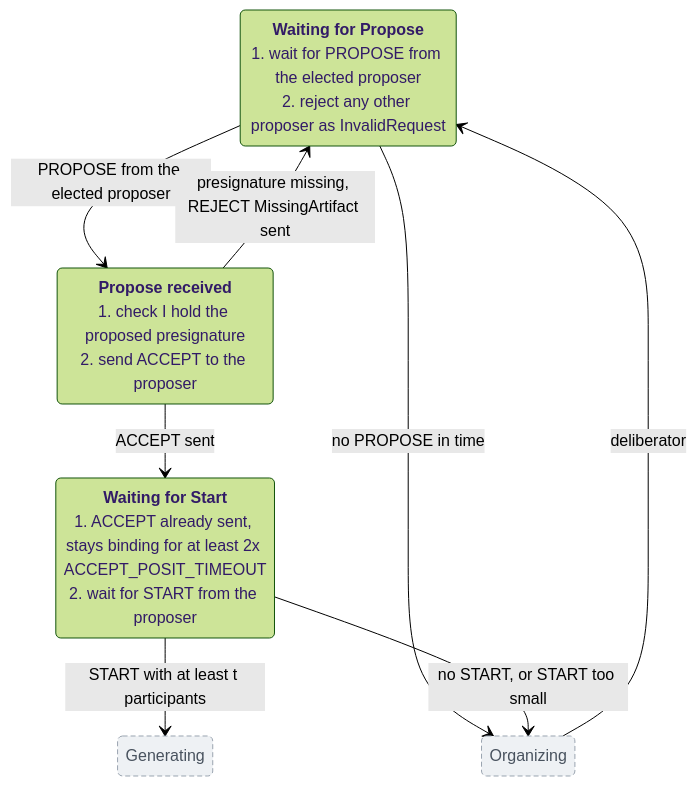
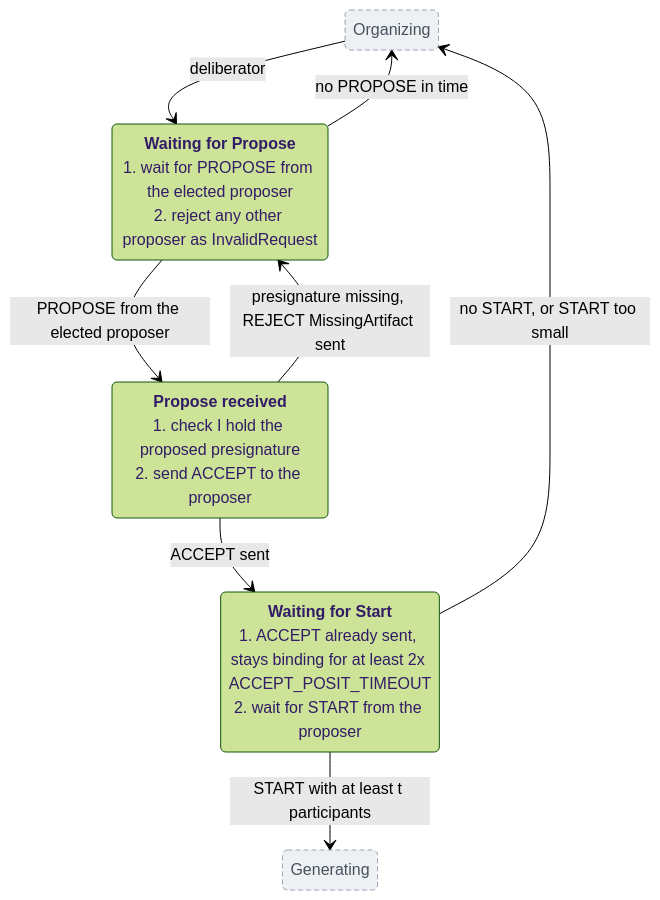
Before and after one commit to sig-net/mpc: the fourth of 6 diagrams in doc/posit_state_machine.md, drawn with Mermaid (forest theme). The commit also changed other lines of this file, not shown here.

````diff
--- a/doc/posit_state_machine.md
+++ b/doc/posit_state_machine.md
@@ -125,20 +126,20 @@
 ```mermaid
 stateDiagram-v2
+    state "Organizing" as OrgIn
     state "<b>Waiting for Propose</b><br/>1. wait for PROPOSE from the elected proposer<br/>2. reject any other proposer as InvalidRequest" as WaitingForPropose
     state "<b>Propose received</b><br/>1. check I hold the proposed presignature<br/>2. send ACCEPT to the proposer" as ProposeReceived
     state "<b>Waiting for Start</b><br/>1. ACCEPT already sent, stays binding for at least 2x ACCEPT_POSIT_TIMEOUT<br/>2. wait for START from the proposer" as WaitingForStart
-    state "Organizing" as OrgIn
     state "Generating" as GenOut
 
     OrgIn --> WaitingForPropose: deliberator
     WaitingForPropose --> ProposeReceived: PROPOSE from the elected proposer
     ProposeReceived --> WaitingForStart: ACCEPT sent
     ProposeReceived --> WaitingForPropose: presignature missing, REJECT MissingArtifact sent
     WaitingForStart --> GenOut: START with at least t participants
 
     WaitingForPropose --> OrgIn: no PROPOSE in time
     WaitingForStart --> OrgIn: no START, or START too small
 
     classDef outside fill:#eef1f4,stroke:#9aa4b0,color:#48525e,stroke-dasharray:5 3
     class OrgIn,GenOut outside
 ```
````
